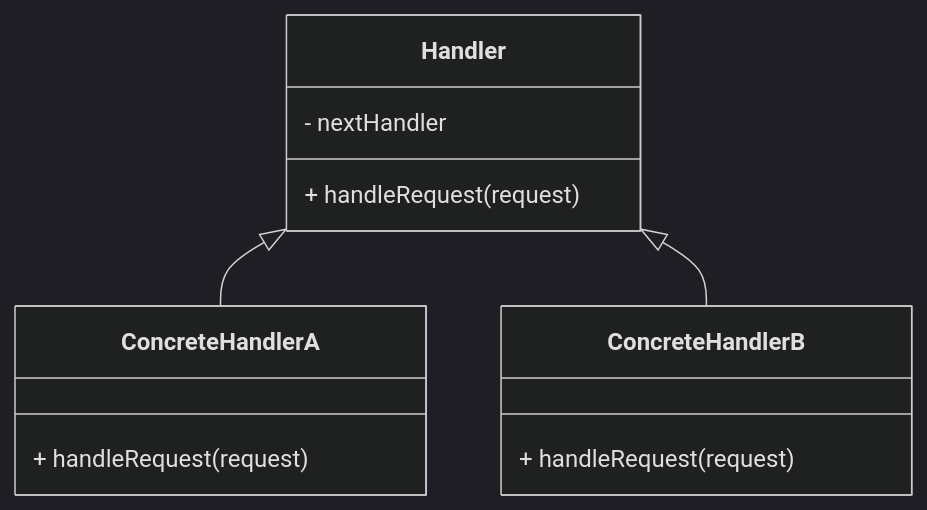
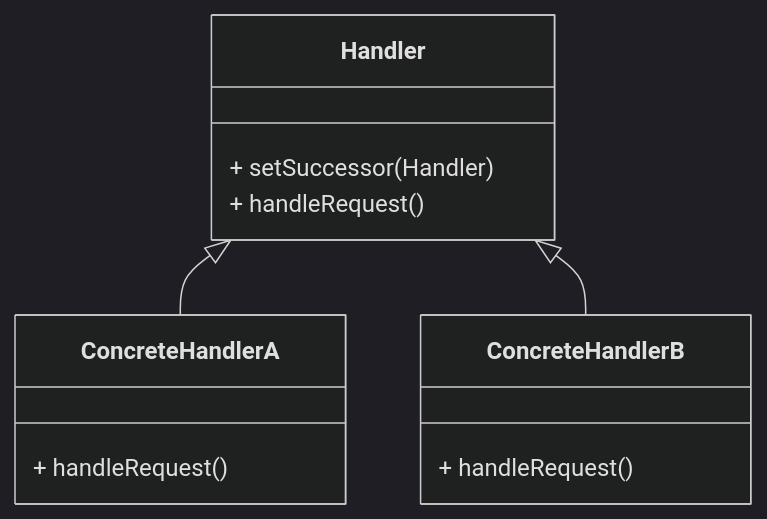
One commit to skynoid2612/design-patterns-for-clean-architecture changed the diagram in md/design_pattern_Chain-of-Responsibility.md. Above: the diagram before and after it, drawn with Mermaid (dark theme). The commit also changed other lines of this file and 23 other files, not shown here.

````diff
--- a/md/design_pattern_Chain-of-Responsibility.md
+++ b/md/design_pattern_Chain-of-Responsibility.md
@@ -37,15 +37,15 @@
 ```mermaid
 classDiagram
   class Handler {
-    + handleRequest(request)
-    - nextHandler
+    + setSuccessor(Handler)
+    + handleRequest()
   }
   class ConcreteHandlerA {
-    + handleRequest(request)
+    + handleRequest()
   }
   class ConcreteHandlerB {
-    + handleRequest(request)
+    + handleRequest()
   }
   Handler <|-- ConcreteHandlerA
   Handler <|-- ConcreteHandlerB
 ```
````
